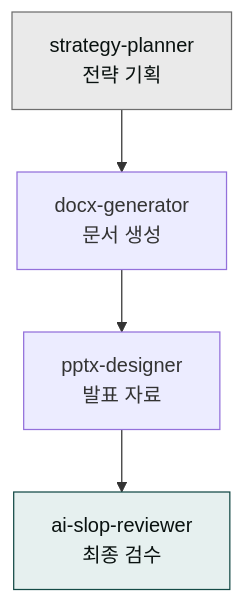
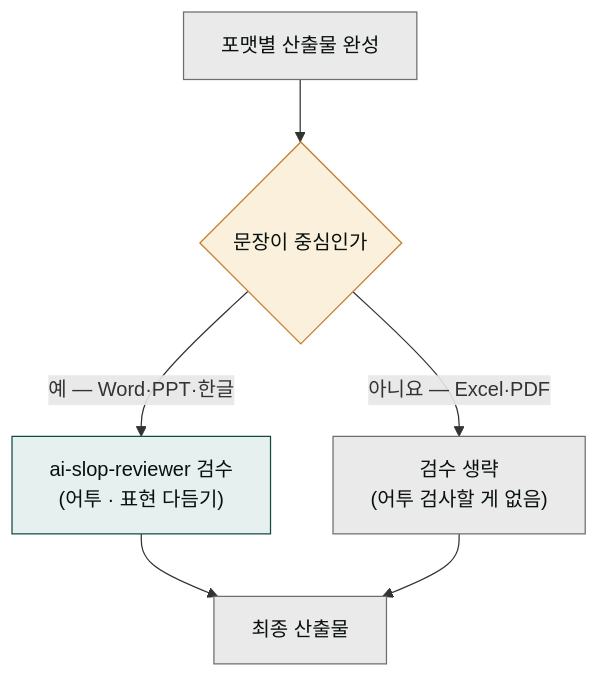
Before and after one commit to modu-ai/claude: the fifth of 5 diagrams in content/cookbook/tracks/track-documents.md, drawn with Mermaid. The commit also changed other lines of this file and 43 other files, not shown here.

````diff
--- a/content/cookbook/tracks/track-documents.md
+++ b/content/cookbook/tracks/track-documents.md
@@ -12,9 +292,15 @@
 ```mermaid
 flowchart TD
-    A["strategy-planner<br/>전략 기획"] --> B["docx-generator<br/>문서 생성"]
-    B --> C["pptx-designer<br/>발표 자료"]
-    C --> D["ai-slop-reviewer<br/>최종 검수"]
+    Made["포맷별 산출물 완성"]
+    Made --> Kind{"문장이 중심인가"}
+    Kind -->|"예 — Word·PPT·한글"| Rev["ai-slop-reviewer 검수<br/>(어투 · 표현 다듬기)"]
+    Kind -->|"아니요 — Excel·PDF"| Skip["검수 생략<br/>(어투 검사할 게 없음)"]
+    Rev --> Final["최종 산출물"]
+    Skip --> Final
 
-    style A fill:#eaeaea,stroke:#6e6e6e,color:#09110f
-    style D fill:#e6f0ef,stroke:#144a46,color:#09110f
+    style Made fill:#eaeaea,stroke:#6e6e6e,color:#09110f
+    style Kind fill:#fbf0dc,stroke:#c47b2a,color:#09110f
+    style Rev fill:#e6f0ef,stroke:#144a46,color:#09110f
+    style Skip fill:#eaeaea,stroke:#6e6e6e,color:#09110f
+    style Final fill:#eaeaea,stroke:#6e6e6e,color:#09110f
 ```
````
